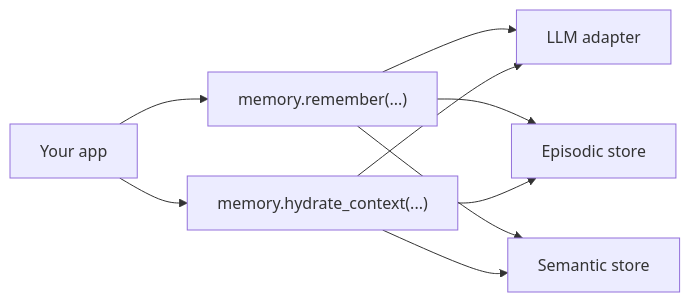
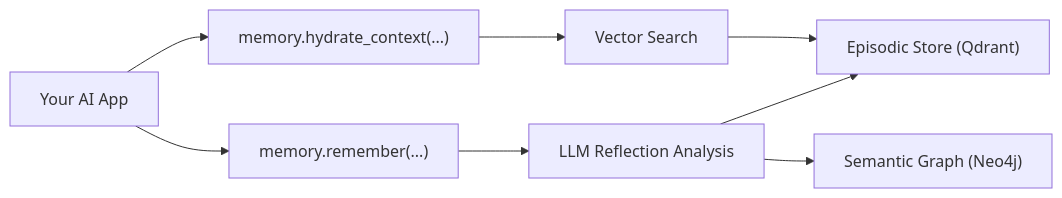
Before and after one commit to nuncio-labs/gist-lattice: the diagram in README.md, drawn with Mermaid. The commit also changed other lines of this file and 1 other file, not shown here.

````diff
--- a/README.md
+++ b/README.md
@@ -93,11 +77,13 @@
 ```mermaid
 flowchart LR
-    App["Your app"] --> Memory["memory.remember(...)"]
-    App --> Retrieve["memory.hydrate_context(...)"]
-    Memory --> LLM["LLM adapter"]
-    Retrieve --> LLM
-    Memory --> Episodic["Episodic store"]
-    Memory --> Semantic["Semantic store"]
-    Retrieve --> Episodic
-    Retrieve --> Semantic
+    App["Your AI App"] --> Remember["memory.remember(...)"]
+    App --> Hydrate["memory.hydrate_context(...)"]
+    
+    Remember --> LLM["LLM Reflection Analysis"]
+    Hydrate --> VectorSearch["Vector Search"]
+    
+    LLM --> Episodic["Episodic Store (Qdrant)"]
+    LLM --> Semantic["Semantic Graph (Neo4j)"]
+    
+    VectorSearch --> Episodic
 ```
````
